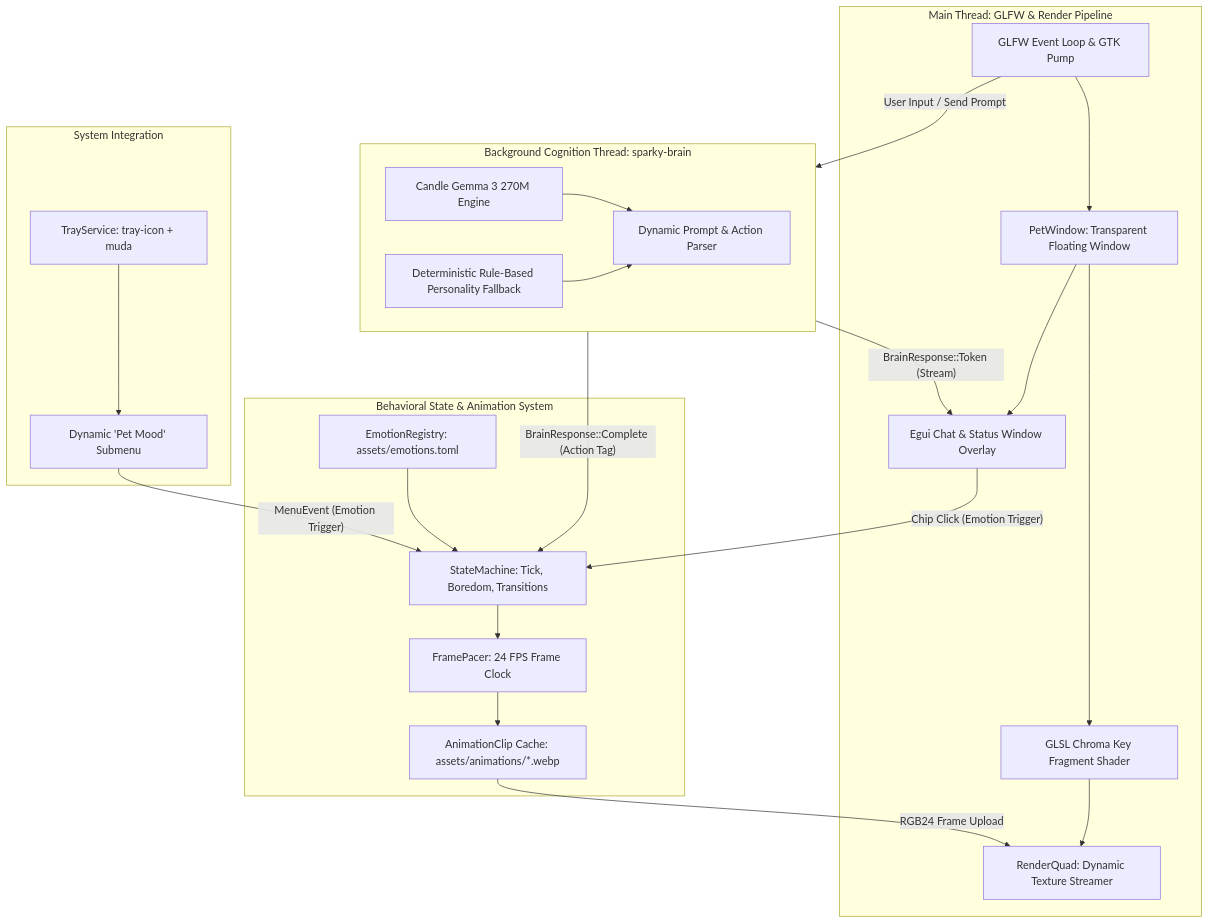
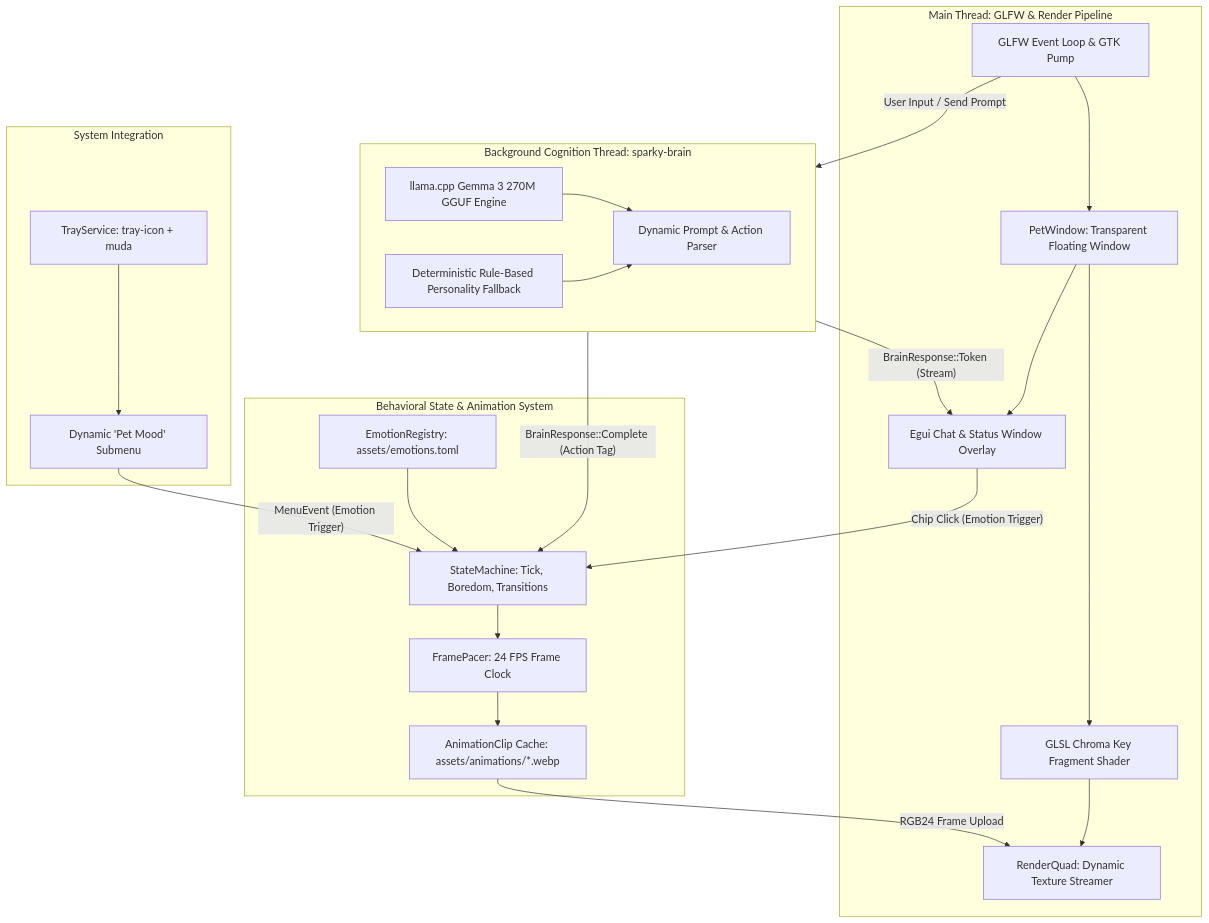
Before and after one commit to kiddos/sparky: the first of 3 diagrams in AGENTS.md, drawn with Mermaid. The commit also changed other lines of this file and 8 other files, not shown here.

````diff
--- a/AGENTS.md
+++ b/AGENTS.md
@@ -23,49 +23,49 @@
 ```mermaid
 flowchart TD
     subgraph Main_Thread ["Main Thread: GLFW & Render Pipeline"]
         EV[GLFW Event Loop & GTK Pump]
         PET_WIN[PetWindow: Transparent Floating Window]
         SHADER[GLSL Chroma Key Fragment Shader]
         QUAD[RenderQuad: Dynamic Texture Streamer]
         EGUI[Egui Chat & Status Window Overlay]
         
         EV --> PET_WIN
         PET_WIN --> SHADER
         SHADER --> QUAD
         PET_WIN --> EGUI
     end
 
     subgraph State_System ["Behavioral State & Animation System"]
         REG[EmotionRegistry: assets/emotions.toml]
         SM[StateMachine: Tick, Boredom, Transitions]
         PACER[FramePacer: 24 FPS Frame Clock]
         CLIPS[AnimationClip Cache: assets/animations/*.webp]
         
         REG --> SM
         SM --> PACER
         PACER --> CLIPS
         CLIPS -- "RGB24 Frame Upload" --> QUAD
     end
 
     subgraph System_Tray ["System Integration"]
         TRAY[TrayService: tray-icon + muda]
         MOOD_MENU[Dynamic 'Pet Mood' Submenu]
         TRAY --> MOOD_MENU
     end
 
     subgraph Brain_Worker ["Background Cognition Thread: sparky-brain"]
-        CANDLE[Candle Gemma 3 270M Engine]
+        GGUF[llama.cpp Gemma 3 270M GGUF Engine]
         PROMPT[Dynamic Prompt & Action Parser]
         FALLBACK[Deterministic Rule-Based Personality Fallback]
         
-        CANDLE --> PROMPT
+        GGUF --> PROMPT
         FALLBACK --> PROMPT
     end
 
     %% Channel Communications
     EV -- "User Input / Send Prompt" --> Brain_Worker
     Brain_Worker -- "BrainResponse::Token (Stream)" --> EGUI
     Brain_Worker -- "BrainResponse::Complete (Action Tag)" --> SM
     MOOD_MENU -- "MenuEvent (Emotion Trigger)" --> SM
     EGUI -- "Chip Click (Emotion Trigger)" --> SM
 ```
````
